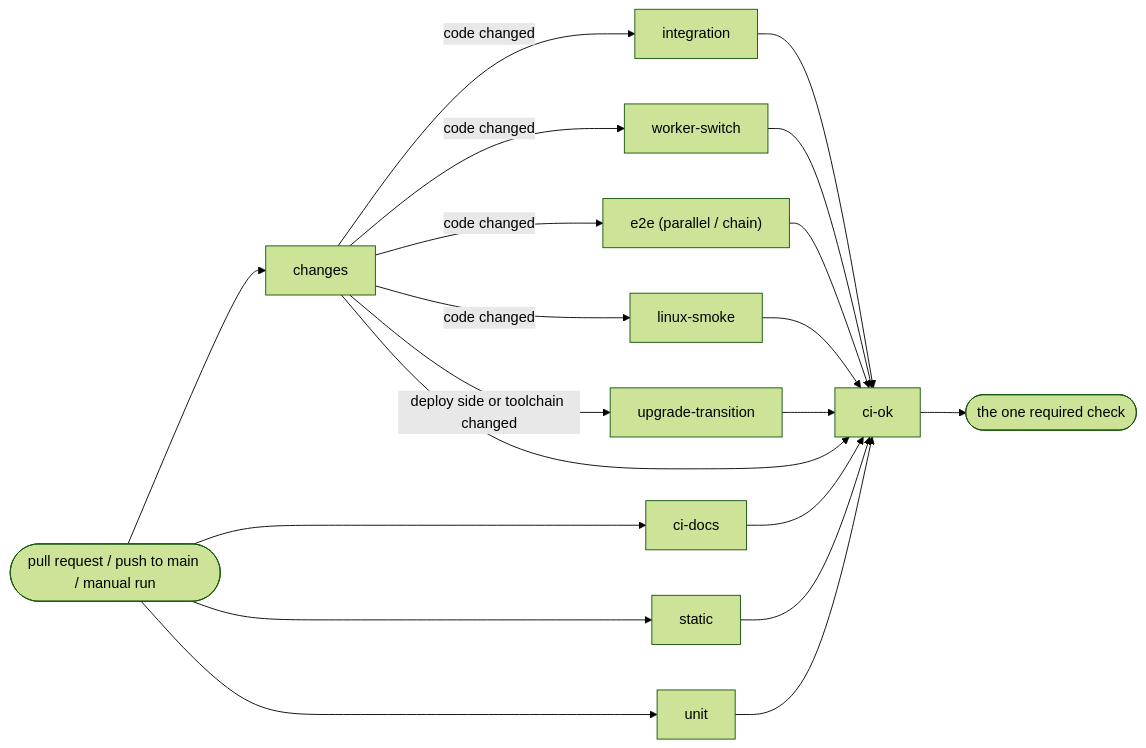
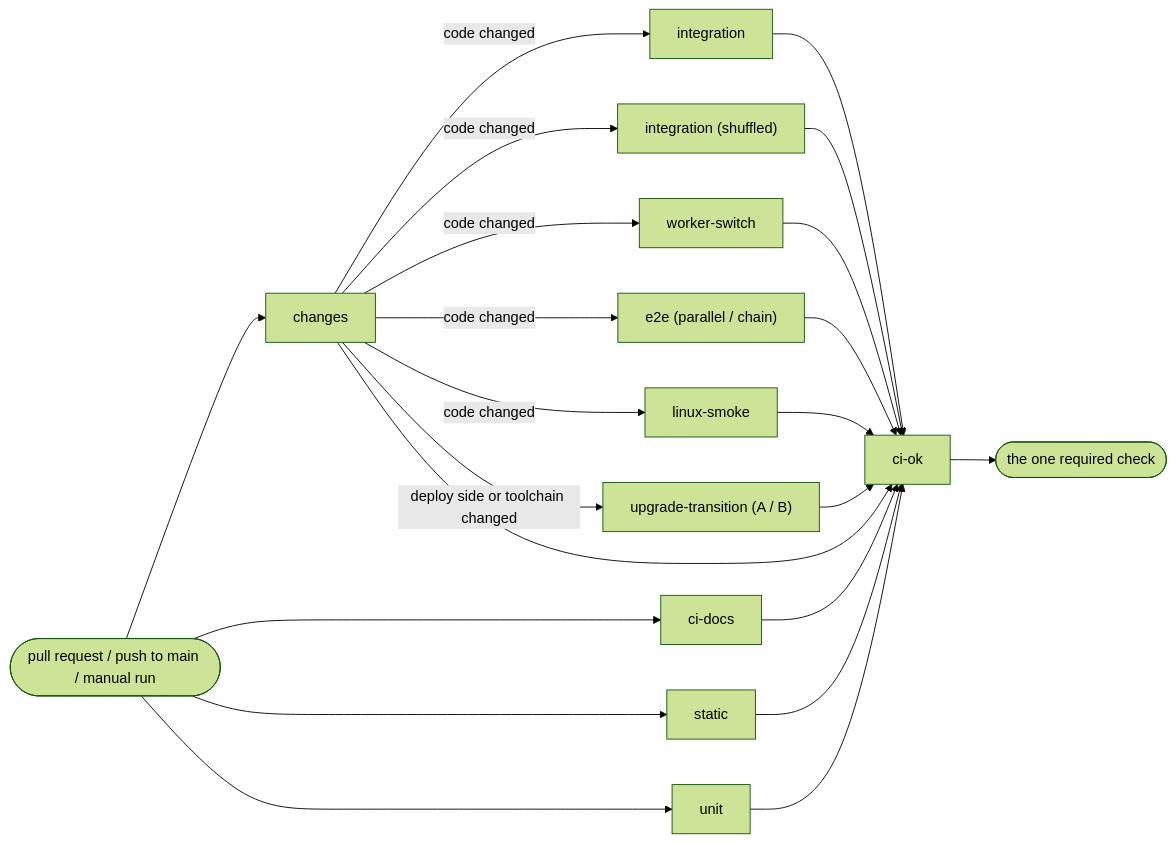
The diagram in docs/ci.md (Joevonlong/job-radar), drawn with Mermaid (forest theme) before and after one commit. The commit also changed other lines of this file and 4 other files, not shown here.

Commit message:
ci: run transition scenarios and the shuffled integration pass on their own runners (#110)

````diff
--- a/docs/ci.md
+++ b/docs/ci.md
@@ -20,22 +20,24 @@
 ```mermaid
 flowchart LR
   PR([pull request / push to main / manual run]) --> changes
   PR --> ci-docs
   PR --> static
   PR --> unit
   changes -- code changed --> integration
+  changes -- code changed --> integration-shuffled["integration (shuffled)"]
   changes -- code changed --> worker-switch
   changes -- code changed --> e2e["e2e (parallel / chain)"]
   changes -- code changed --> linux-smoke
-  changes -- deploy side or toolchain changed --> upgrade-transition
+  changes -- deploy side or toolchain changed --> upgrade-transition["upgrade-transition (A / B)"]
   changes --> ci-ok
   ci-docs --> ci-ok
   static --> ci-ok
   unit --> ci-ok
   integration --> ci-ok
+  integration-shuffled --> ci-ok
   worker-switch --> ci-ok
   e2e --> ci-ok
   linux-smoke --> ci-ok
   upgrade-transition --> ci-ok
   ci-ok --> merge([the one required check])
 ```
````
